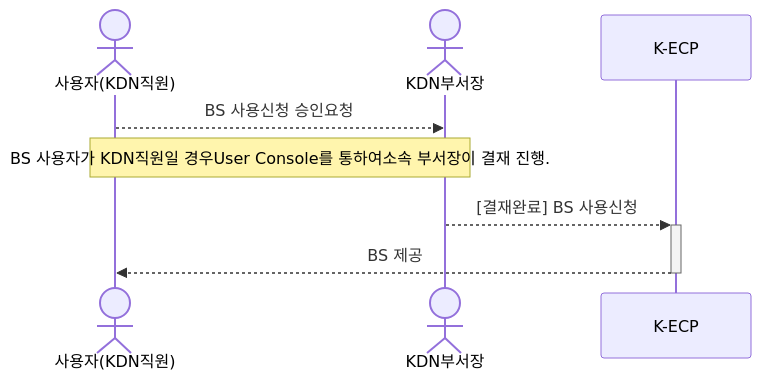
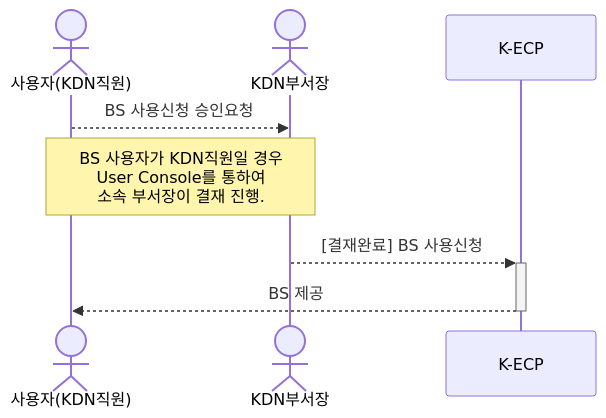
One commit to KDN-ECP/guidebooks changed the first of 2 diagrams in mdfiles/BlockStorage_started.md. Above: the diagram before and after it, drawn with Mermaid. The commit also changed other lines of this file, not shown here.

````diff
--- a/mdfiles/BlockStorage_started.md
+++ b/mdfiles/BlockStorage_started.md
@@ -36,9 +36,9 @@
 ```mermaid
 sequenceDiagram
   actor 사용자(KDN직원)
   actor KDN부서장
   사용자(KDN직원) -->> KDN부서장: BS 사용신청 승인요청
-  Note over 사용자(KDN직원), KDN부서장: BS 사용자가 KDN직원일 경우User Console를 통하여소속 부서장이 결재 진행.
+  Note over 사용자(KDN직원), KDN부서장: BS 사용자가 KDN직원일 경우<br/>User Console를 통하여<br/>소속 부서장이 결재 진행.
   KDN부서장 -->>+ K-ECP: [결재완료] BS 사용신청
   K-ECP -->>- 사용자(KDN직원): BS 제공
 ```
````
